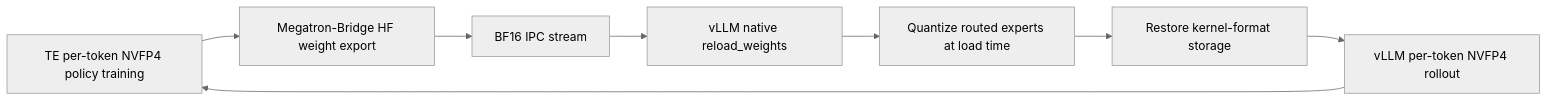
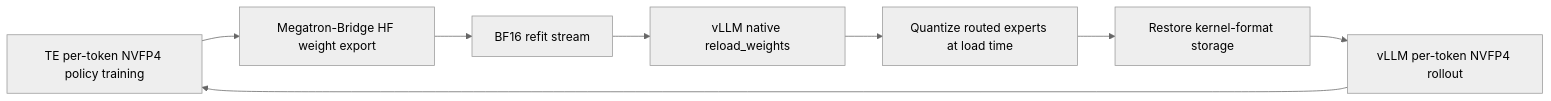
Before and after one commit to NVIDIA-NeMo/RL: the diagram in docs/design-docs/te-nvfp4-per-token-rollout.md, drawn with Mermaid (neutral theme). The commit also changed other lines of this file and 13 other files, not shown here.

````diff
--- a/docs/design-docs/te-nvfp4-per-token-rollout.md
+++ b/docs/design-docs/te-nvfp4-per-token-rollout.md
@@ -15,10 +15,10 @@
 ```mermaid
 flowchart LR
     A[TE per-token NVFP4 policy training] --> B[Megatron-Bridge HF weight export]
-    B --> C[BF16 IPC stream]
+    B --> C[BF16 refit stream]
     C --> D[vLLM native reload_weights]
     D --> E[Quantize routed experts at load time]
     E --> F[Restore kernel-format storage]
     F --> G[vLLM per-token NVFP4 rollout]
     G --> A
 ```
````
